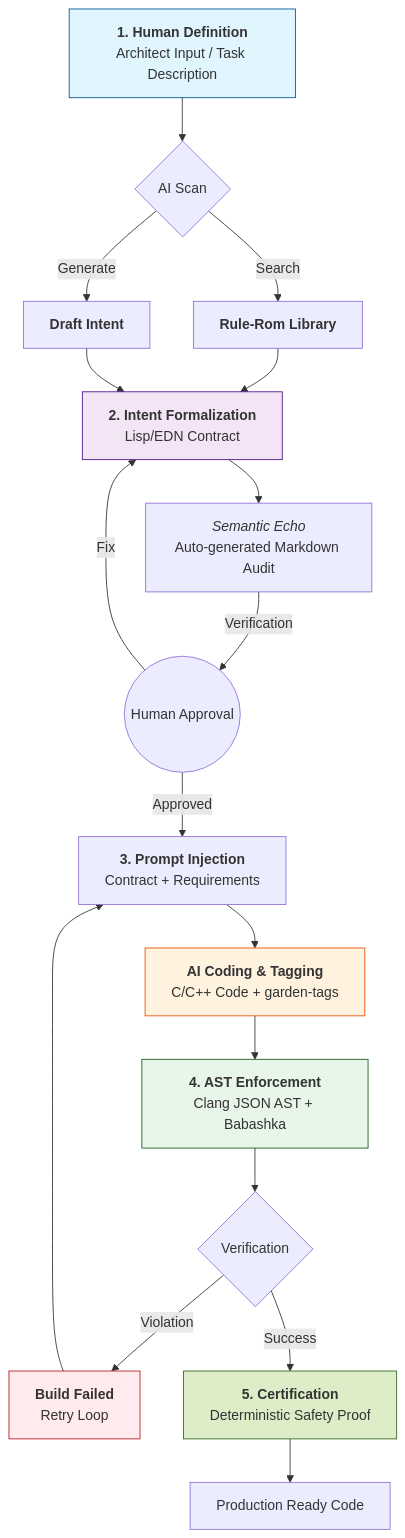
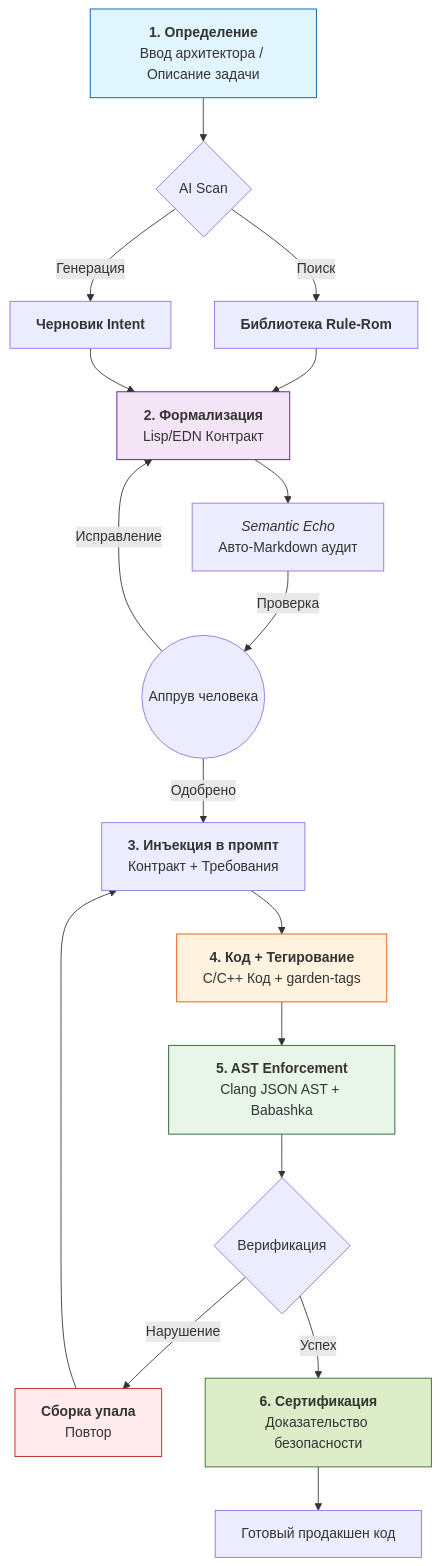
One commit to rule-rom/c-safe changed the diagram in ru/docs/garden-core.md. Above: the diagram before and after it, drawn with Mermaid. The commit also changed 4 other files, not shown here.

````diff
--- a/ru/docs/garden-core.md
+++ b/ru/docs/garden-core.md
@@ -56,29 +56,29 @@
 ```mermaid
 graph TD
-    A["<b>1. Human Definition</b><br/>Architect Input / Task Description"] --> B{AI Scan}
-    B -->|Search| C["<b>Rule-Rom Library</b>"]
-    B -->|Generate| D["<b>Draft Intent</b>"]
+    A["<b>1. Определение</b><br/>Ввод архитектора / Описание задачи"] --> B{AI Scan}
+    B -->|Поиск| C["<b>Библиотека Rule-Rom</b>"]
+    B -->|Генерация| D["<b>Черновик Intent</b>"]
 
-    C & D --> E["<b>2. Intent Formalization</b><br/>Lisp/EDN Contract"]
-    E --> F["<i>Semantic Echo</i><br/>Auto-generated Markdown Audit"]
-    F -->|Verification| G(("Human Approval"))
-    G -->|Fix| E
+    C & D --> E["<b>2. Формализация</b><br/>Lisp/EDN Контракт"]
+    E --> F["<i>Semantic Echo</i><br/>Авто-Markdown аудит"]
+    F -->|Проверка| G(("Аппрув человека"))
+    G -->|Исправление| E
 
-    G -->|Approved| H["<b>3. Prompt Injection</b><br/>Contract + Requirements"]
-    H --> I["<b>AI Coding & Tagging</b><br/>C/C++ Code + garden-tags"]
+    G -->|Одобрено| H["<b>3. Инъекция в промпт</b><br/>Контракт + Требования"]
+    H --> I["<b>4. Код + Тегирование</b><br/>C/C++ Код + garden-tags"]
 
-    I --> J["<b>4. AST Enforcement</b><br/>Clang JSON AST + Babashka"]
-    J --> K{Verification}
-    K -->|Violation| L["<b>Build Failed</b><br/>Retry Loop"]
+    I --> J["<b>5. AST Enforcement</b><br/>Clang JSON AST + Babashka"]
+    J --> K{Верификация}
+    K -->|Нарушение| L["<b>Сборка упала</b><br/>Повтор"]
     L --> H
 
-    K -->|Success| M["<b>5. Certification</b><br/>Deterministic Safety Proof"]
-    M --> N["Production Ready Code"]
+    K -->|Успех| M["<b>6. Сертификация</b><br/>Доказательство безопасности"]
+    M --> N["Готовый продакшен код"]
 
     style A fill:#e1f5fe,stroke:#01579b
     style E fill:#f3e5f5,stroke:#4a148c
     style I fill:#fff3e0,stroke:#e65100
     style J fill:#e8f5e9,stroke:#1b5e20
     style M fill:#dcedc8,stroke:#33691e
     style L fill:#ffebee,stroke:#b71c1c
 ```
````
